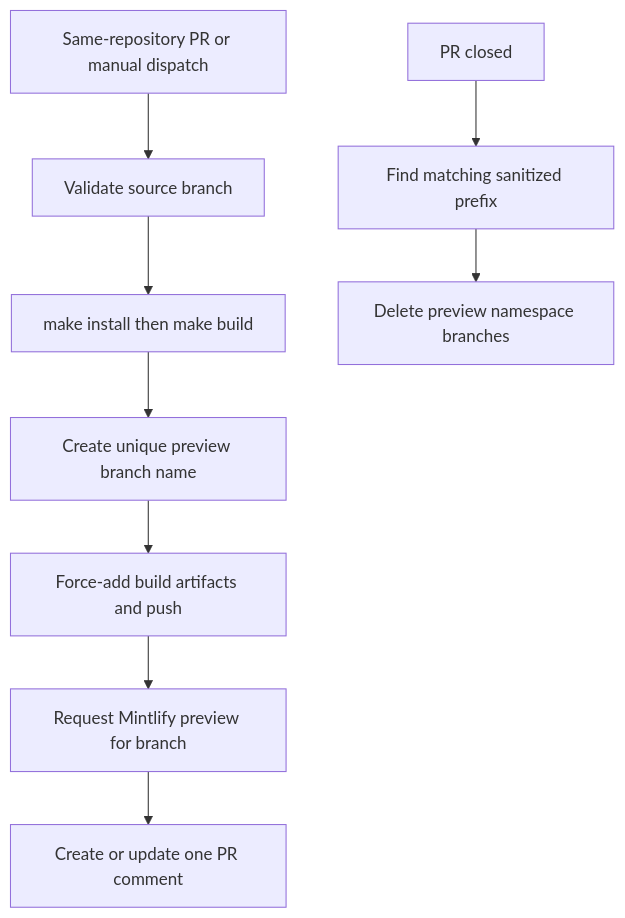
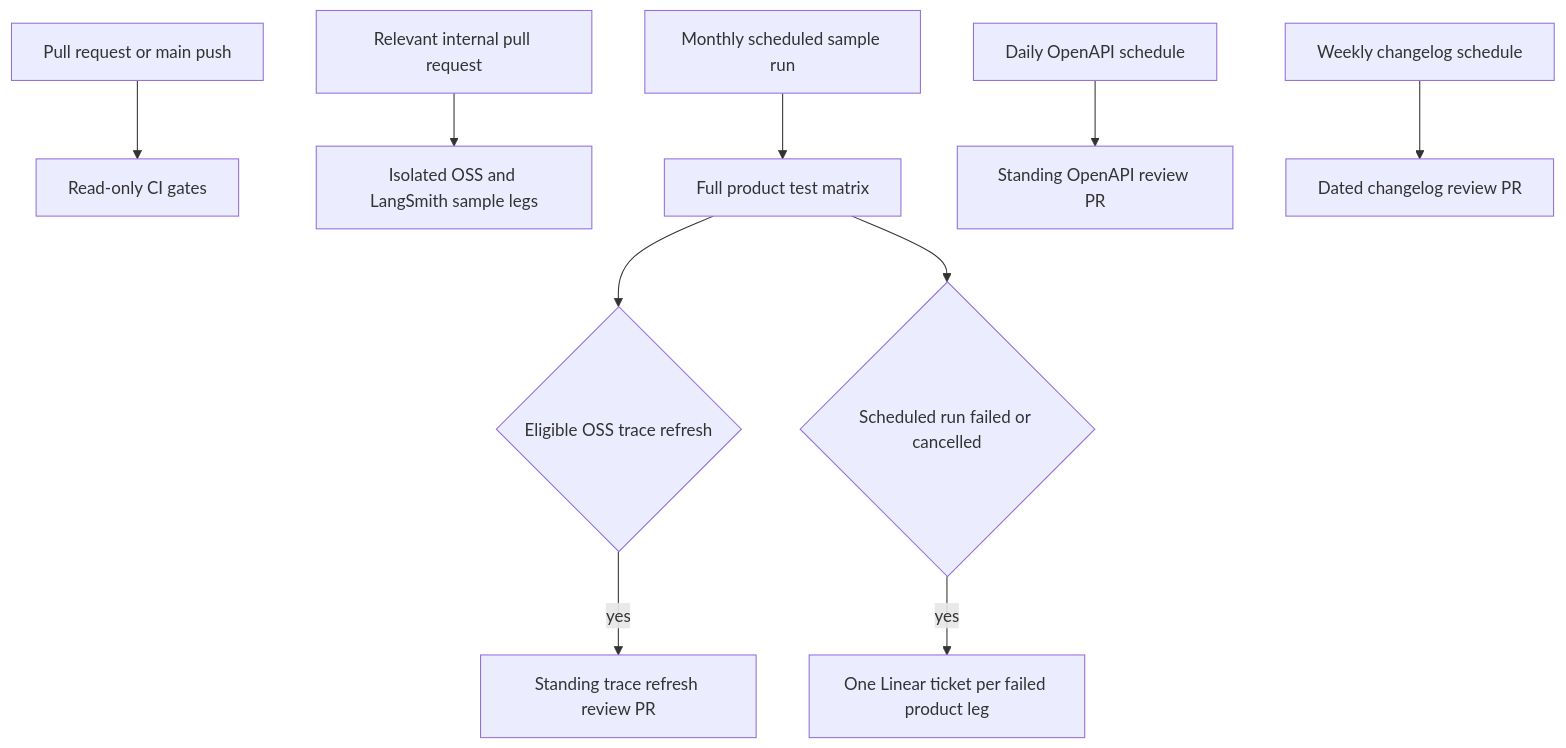
Before and after one commit to langchain-ai/docs: the first of 2 diagrams in openwiki/integrations/github-actions.md, drawn with Mermaid. The commit also changed other lines of this file and 45 other files, not shown here.

````diff
--- a/openwiki/integrations/github-actions.md
+++ b/openwiki/integrations/github-actions.md
@@ -68,11 +45,12 @@
 ```mermaid
 flowchart TD
-  Event["Same-repository PR or manual dispatch"] --> Validate["Validate source branch"]
-  Validate --> Build["make install then make build"]
-  Build --> Name["Create unique preview branch name"]
-  Name --> Push["Force-add build artifacts and push"]
-  Push --> Request["Request Mintlify preview for branch"]
-  Request --> Comment["Create or update one PR comment"]
-  Close["PR closed"] --> Match["Find matching sanitized prefix"]
-  Match --> Delete["Delete preview namespace branches"]
+  Change["Pull request or main push"] --> CI["Read-only CI gates"]
+  Sample["Relevant internal pull request"] --> Matrix["Isolated OSS and LangSmith sample legs"]
+  Monthly["Monthly scheduled sample run"] --> Full["Full product test matrix"]
+  Full --> Trace{"Eligible OSS trace refresh"}
+  Trace -->|"yes"| TracePR["Standing trace refresh review PR"]
+  Full --> Observe{"Scheduled run failed or cancelled"}
+  Observe -->|"yes"| Linear["One Linear ticket per failed product leg"]
+  Daily["Daily OpenAPI schedule"] --> API["Standing OpenAPI review PR"]
+  Weekly["Weekly changelog schedule"] --> ChangePR["Dated changelog review PR"]
 ```
````
